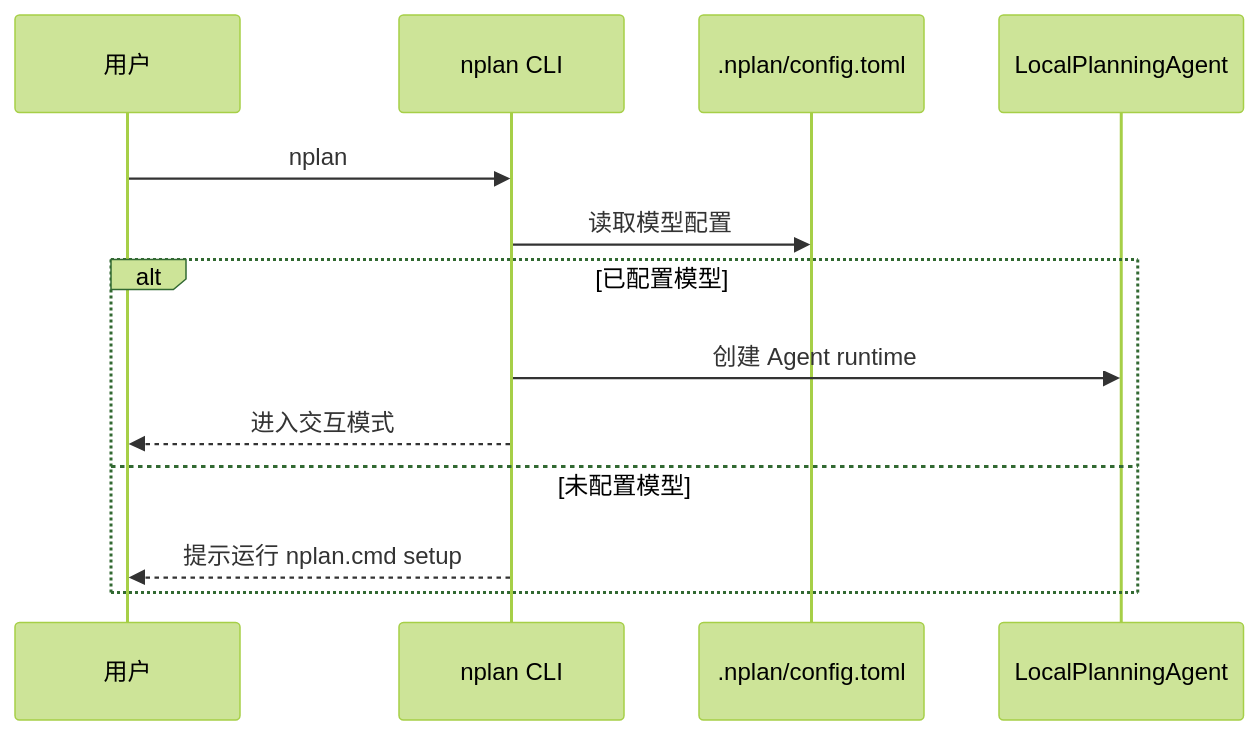
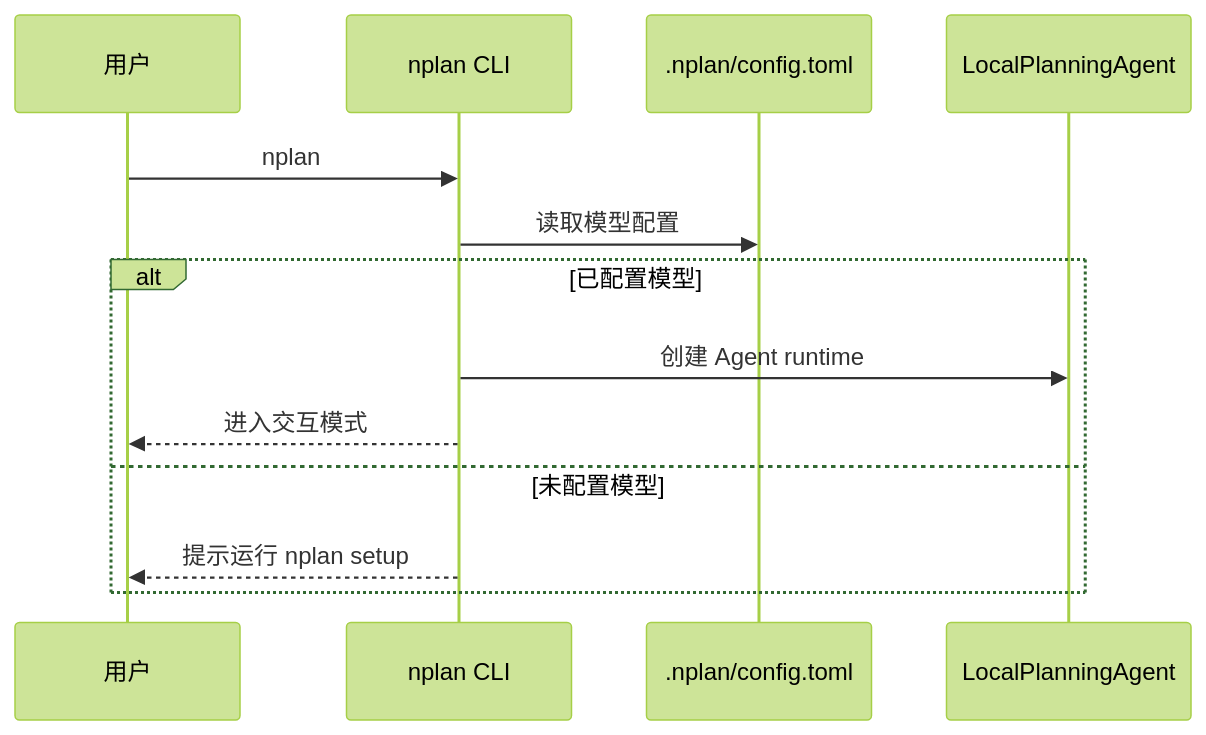
Before and after one commit to xqct0001/nplan: the second of 4 diagrams in docs/nplan_process_task_obsidian.md, drawn with Mermaid (forest theme). The commit also changed other lines of this file and 14 other files, not shown here.

````diff
--- a/docs/nplan_process_task_obsidian.md
+++ b/docs/nplan_process_task_obsidian.md
@@ -80,16 +84,16 @@
 ```mermaid
 sequenceDiagram
   participant U as 用户
   participant C as nplan CLI
   participant F as .nplan/config.toml
   participant A as LocalPlanningAgent
 
   U->>C: nplan
   C->>F: 读取模型配置
   alt 已配置模型
     C->>A: 创建 Agent runtime
     C-->>U: 进入交互模式
   else 未配置模型
-    C-->>U: 提示运行 nplan.cmd setup
+    C-->>U: 提示运行 nplan setup
   end
 ```
````
